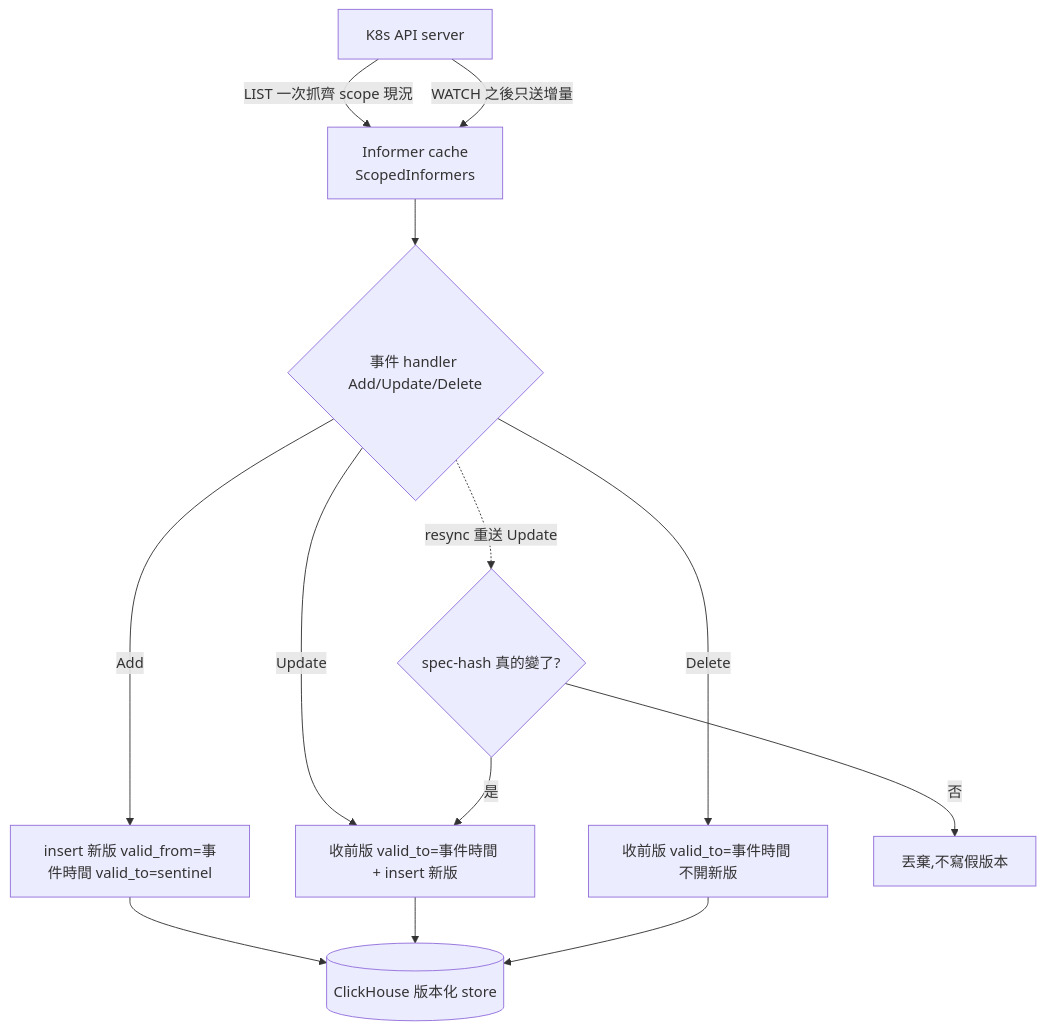
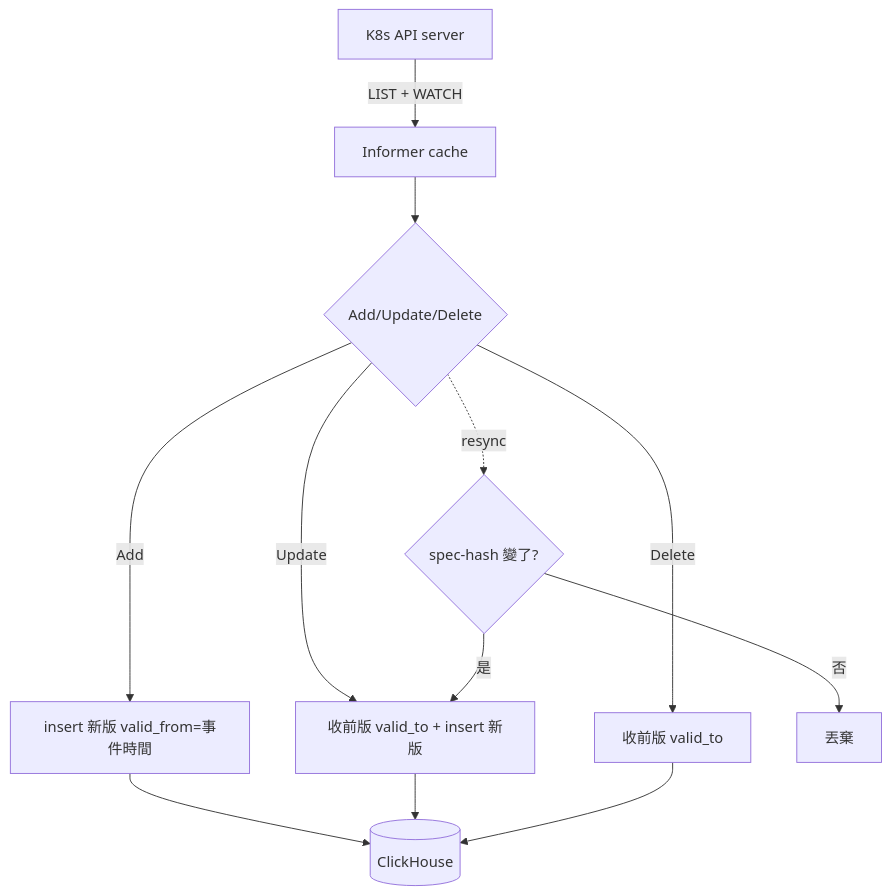
The second of 3 diagrams in docs/istio-virtualservice-routing-history-design.md (jcswiftie13/custom-k8s-resource-metadata-watcher), drawn with Mermaid before and after one commit. The commit also changed other lines of this file and 6 other files, not shown here.

````diff
--- a/docs/istio-virtualservice-routing-history-design.md
+++ b/docs/istio-virtualservice-routing-history-design.md
@@ -127,15 +104,14 @@
 ```mermaid
 graph TD
-    A[K8s API server] -->|LIST 一次抓齊 scope 現況| B[Informer cache<br/>ScopedInformers]
-    A -->|WATCH 之後只送增量| B
-    B --> C{事件 handler Add/Update/Delete}
-    C -->|Add| D[insert 新版 valid_from=事件時間 valid_to=sentinel]
-    C -->|Update| E[收前版 valid_to=事件時間 + insert 新版]
-    C -->|Delete| F[收前版 valid_to=事件時間 不開新版]
-    D --> G[(ClickHouse 版本化 store)]
+    A[K8s API server] -->|LIST + WATCH| B[Informer cache]
+    B --> C{Add/Update/Delete}
+    C -->|Add| D[insert 新版 valid_from=事件時間]
+    C -->|Update| E[收前版 valid_to + insert 新版]
+    C -->|Delete| F[收前版 valid_to]
+    D --> G[(ClickHouse)]
     E --> G
     F --> G
-    C -.->|resync 重送 Update| H{spec-hash 真的變了?}
-    H -->|否| I[丟棄,不寫假版本]
+    C -.->|resync| H{spec-hash 變了?}
+    H -->|否| I[丟棄]
     H -->|是| E
 ```
````
